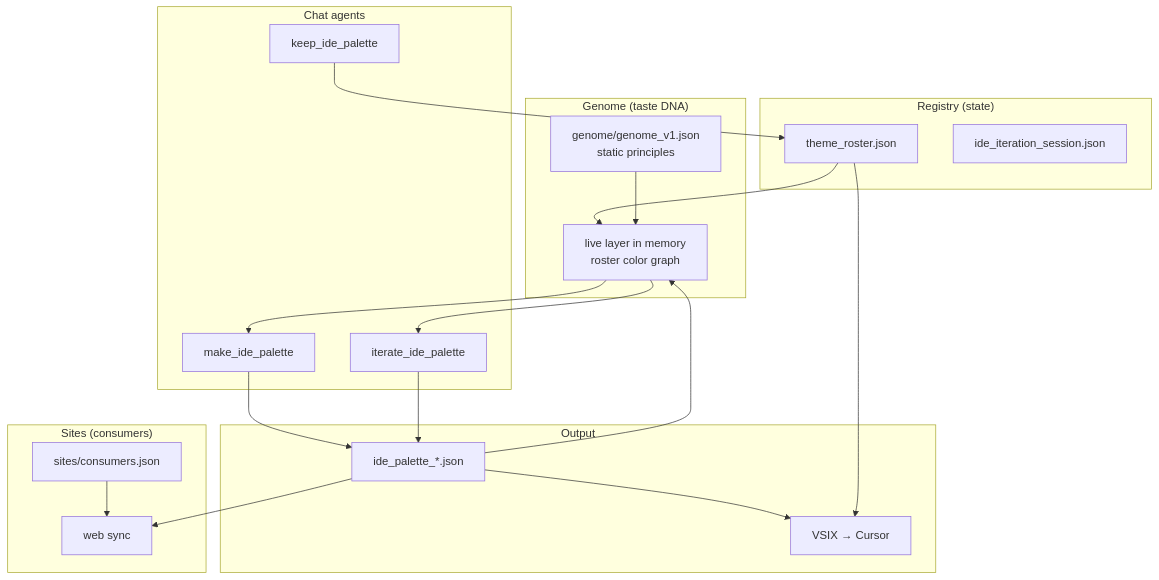
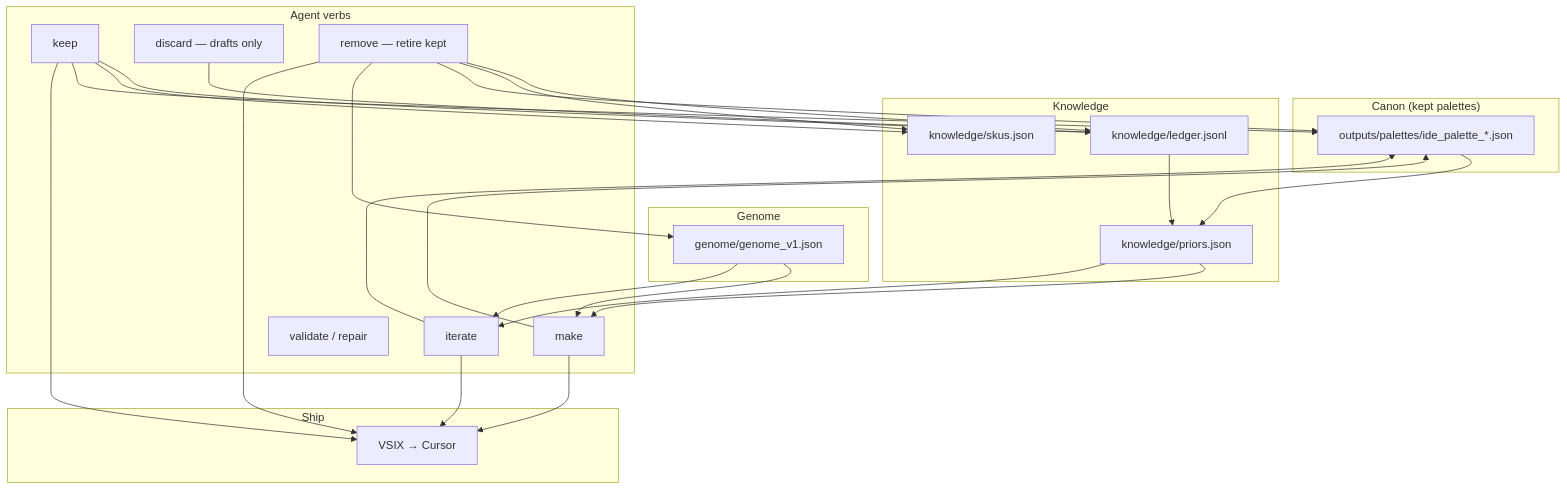
Before and after one commit to ledoit/Rob-Ross: the diagram in AGENTS.md, drawn with Mermaid. The commit also changed other lines of this file and 76 other files, not shown here.

First line of the commit message:
Add RR Lime, a light mint-paper IDE theme seeded from Gamma lime harmonics.

````diff
--- a/AGENTS.md
+++ b/AGENTS.md
@@ -7,34 +19,35 @@
 ```mermaid
 flowchart TB
-  subgraph DNA["Genome (taste DNA)"]
-    G["genome/genome_v1.json<br/>static principles"]
-    L["live layer in memory<br/>roster color graph"]
+  subgraph CANON["Canon (kept palettes)"]
+    P["outputs/palettes/ide_palette_*.json"]
   end
-  subgraph REG["Registry (state)"]
-    R["theme_roster.json"]
-    S["ide_iteration_session.json"]
+  subgraph KNOW["Knowledge"]
+    S["knowledge/skus.json"]
+    L["knowledge/ledger.jsonl"]
+    R["knowledge/priors.json"]
   end
-  subgraph AGENT["Chat agents"]
-    M["make_ide_palette"]
-    I["iterate_ide_palette"]
-    K["keep_ide_palette"]
+  subgraph DNA["Genome"]
+    G["genome/genome_v1.json"]
   end
-  subgraph OUT["Output"]
-    P["ide_palette_*.json"]
-    V["VSIX → Cursor"]
+  subgraph AGENT["Agent verbs"]
+    M["make"]
+    I["iterate"]
+    K["keep"]
+    D["discard — drafts only"]
+    X["remove — retire kept"]
+    V["validate / repair"]
   end
-  subgraph SITES["Sites (consumers)"]
-    C["sites/consumers.json"]
-    W["web sync"]
+  subgraph OUT["Ship"]
+    VX["VSIX → Cursor"]
   end
 
-  R --> L
-  P --> L
-  G --> L
-  L --> M & I
+  P --> R
+  L --> R
+  R --> M & I
+  G --> M & I
   M & I --> P
-  K --> R
-  P & R --> V
-  P --> W
-  C --> W
+  K --> L & S & P
+  D --> L
+  X --> L & S & P & G
+  K & X & M & I --> VX
 ```
````
